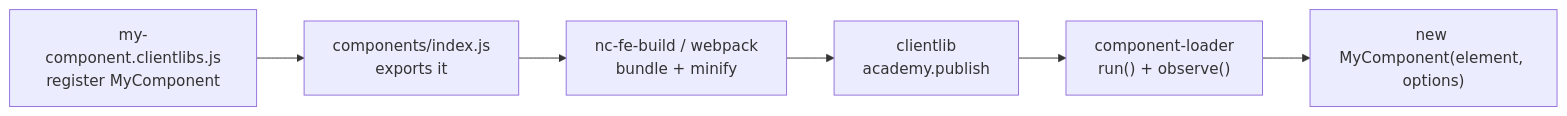
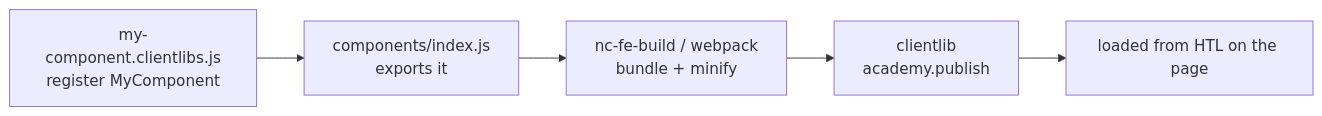
One commit to heshassan22/netcentric-academy changed the diagram in src/content/js/07-shipping-component-js.mdx. Above: the diagram before and after it, drawn with Mermaid. The commit also changed other lines of this file and 26 other files, not shown here.

````diff
--- a/src/content/js/07-shipping-component-js.mdx
+++ b/src/content/js/07-shipping-component-js.mdx
@@ -15,8 +15,7 @@
 ```mermaid
 flowchart LR
   J["my-component.clientlibs.js<br/>register MyComponent"] --> I["components/index.js<br/>exports it"]
   I --> B["nc-fe-build / webpack<br/>bundle + minify"]
   B --> C["clientlib<br/>academy.publish"]
-  C --> L["component-loader<br/>run() + observe()"]
-  L --> N["new MyComponent(element, options)"]
+  C --> H["loaded from HTL on the page"]
 ```
````
